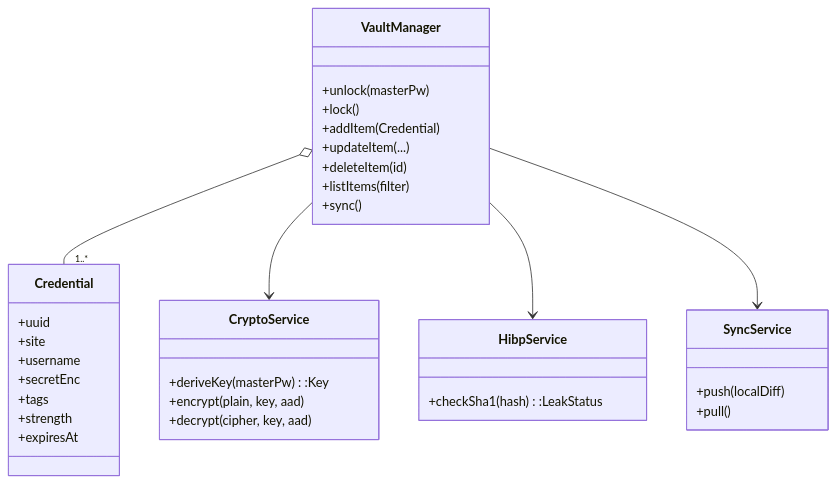
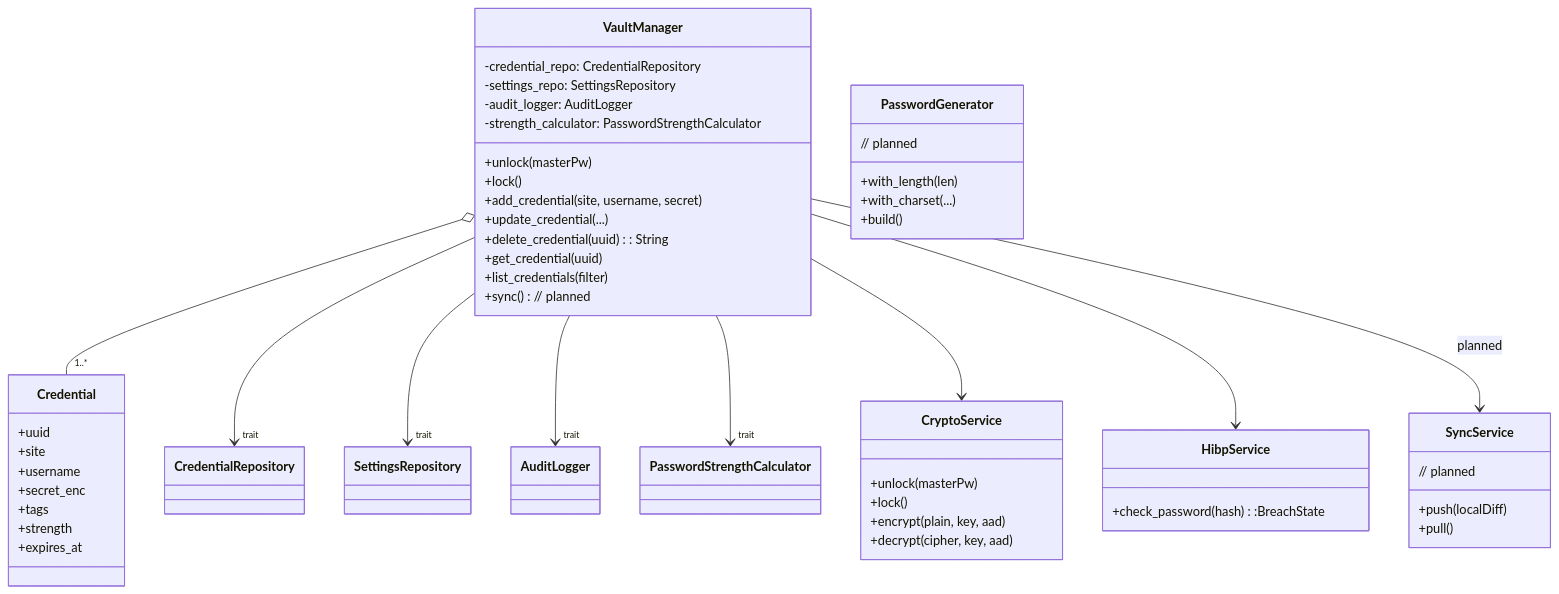
Before and after one commit to JacobLinCool/secret-plan: the third of 3 diagrams in .github/copilot-instructions.md, drawn with Mermaid. The commit also changed other lines of this file, not shown here.

Commit message:
chore: update core use-cases section with implementation status and enhance activity diagrams

````diff
--- a/.github/copilot-instructions.md
+++ b/.github/copilot-instructions.md
@@ -99,37 +106,52 @@
 ```mermaid
 classDiagram
     class VaultManager {
         +unlock(masterPw)
         +lock()
-        +addItem(Credential)
-        +updateItem(...)
-        +deleteItem(id)
-        +listItems(filter)
-        +sync()
+        +add_credential(site, username, secret)
+        +update_credential(...)
+        +delete_credential(uuid): String
+        +get_credential(uuid)
+        +list_credentials(filter)
+        +sync() // planned
+        -credential_repo: CredentialRepository
+        -settings_repo: SettingsRepository
+        -audit_logger: AuditLogger
+        -strength_calculator: PasswordStrengthCalculator
     }
     class Credential {
         +uuid
         +site
         +username
-        +secretEnc
+        +secret_enc
         +tags
         +strength
-        +expiresAt
+        +expires_at
     }
     class CryptoService {
-        +deriveKey(masterPw):Key
+        +unlock(masterPw)
+        +lock()
         +encrypt(plain, key, aad)
         +decrypt(cipher, key, aad)
     }
     class HibpService {
-        +checkSha1(hash):LeakStatus
+        +check_password(hash):BreachState
     }
-    class SyncService {
+    class SyncService { // planned
         +push(localDiff)
         +pull()
     }
+    class PasswordGenerator { // planned
+        +with_length(len)
+        +with_charset(...)
+        +build()
+    }
     VaultManager o-- "1..*" Credential
+    VaultManager --> "trait" CredentialRepository
+    VaultManager --> "trait" SettingsRepository
+    VaultManager --> "trait" AuditLogger
+    VaultManager --> "trait" PasswordStrengthCalculator
     VaultManager --> CryptoService
     VaultManager --> HibpService
-    VaultManager --> SyncService
+    VaultManager --> SyncService : planned
 ```
````
